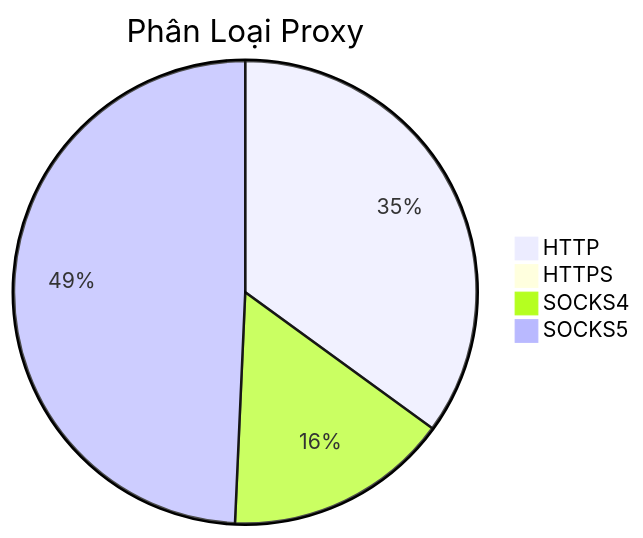
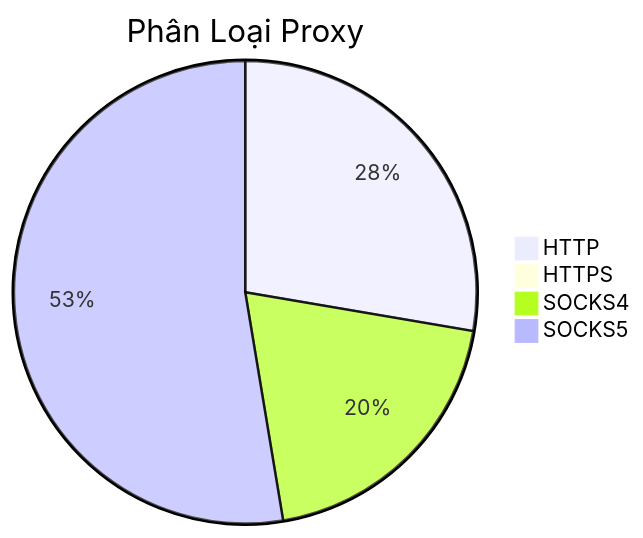
Before and after one commit to Ciara-Aa/PROXY-free: the diagram in README.md, drawn with Mermaid. The commit also changed other lines of this file and 4 other files, not shown here.

````diff
--- a/README.md
+++ b/README.md
@@ -26,7 +26,7 @@
 ```mermaid
 pie title Phân Loại Proxy
-    "HTTP" : 569
-    "HTTPS" : 4
-    "SOCKS4" : 255
-    "SOCKS5" : 801
+    "HTTP" : 412
+    "HTTPS" : 3
+    "SOCKS4" : 293
+    "SOCKS5" : 783
 ```
````
